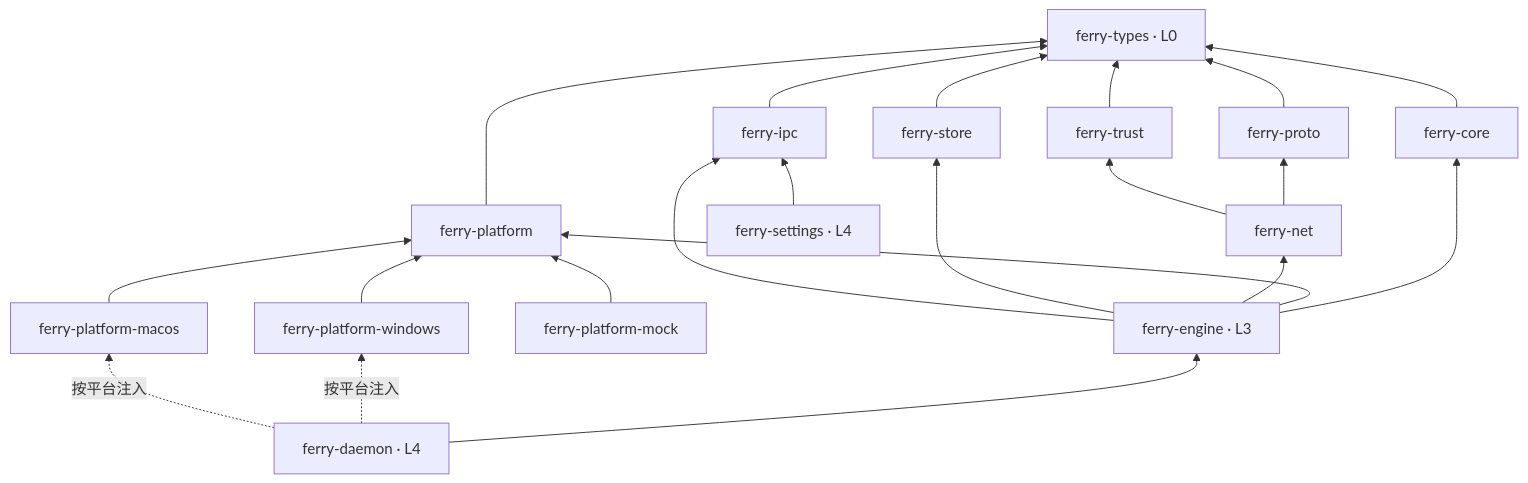
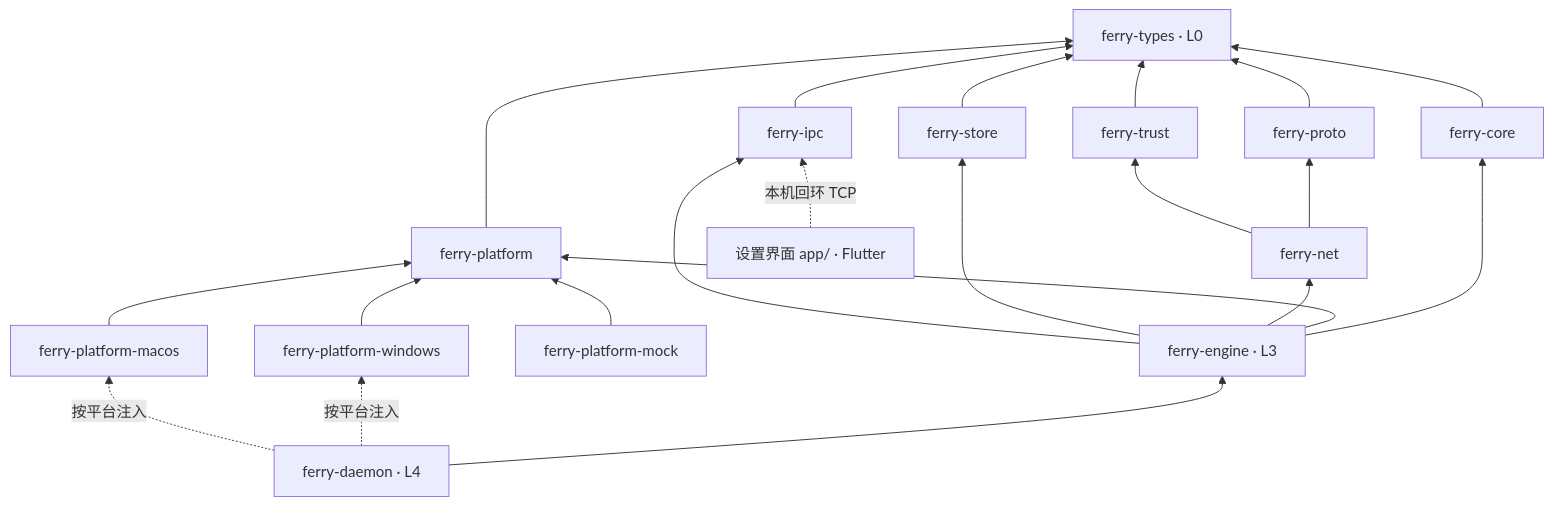
The diagram in docs/architecture.md (HoweverXZ/screen-ferry), drawn with Mermaid before and after one commit. The commit also changed other lines of this file and 87 other files, not shown here.

````diff
--- a/docs/architecture.md
+++ b/docs/architecture.md
@@ -25,24 +31,24 @@
 ```mermaid
 graph BT
   types[ferry-types · L0]
   proto[ferry-proto] --> types
   core[ferry-core] --> types
   trust[ferry-trust] --> types
   platform[ferry-platform] --> types
   win[ferry-platform-windows] --> platform
   mac[ferry-platform-macos] --> platform
   mock[ferry-platform-mock] --> platform
   net[ferry-net] --> proto
   net --> trust
   store[ferry-store] --> types
   ipc[ferry-ipc] --> types
   engine[ferry-engine · L3] --> core
   engine --> platform
   engine --> net
   engine --> store
   engine --> ipc
   daemon[ferry-daemon · L4] --> engine
   daemon -.按平台注入.-> win
   daemon -.按平台注入.-> mac
-  settings[ferry-settings · L4] --> ipc
+  app[设置界面 app/ · Flutter] -.本机回环 TCP.-> ipc
 ```
````
